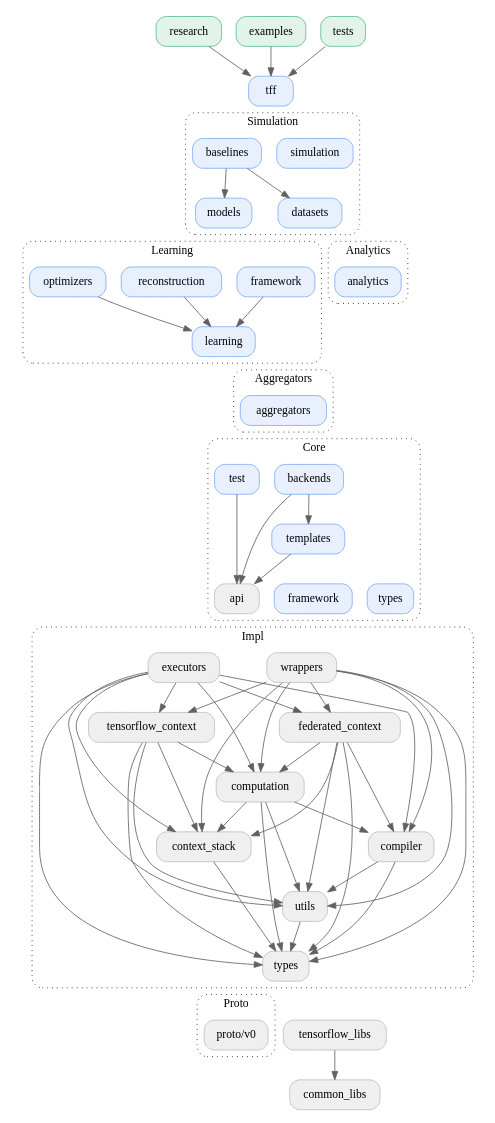
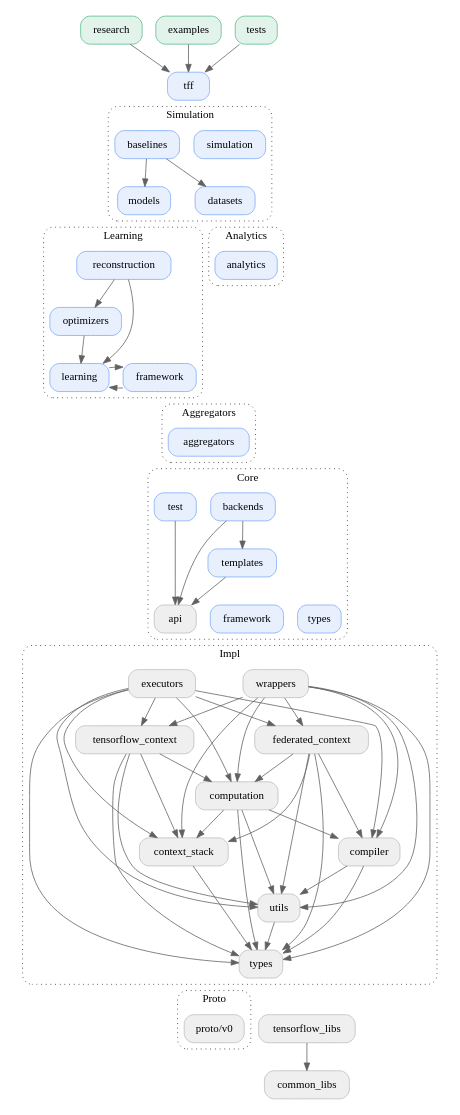
One commit to google-parfait/tensorflow-federated changed the diagram in docs/design/package_structure.dot. Above: the diagram before and after it, drawn with Graphviz. The commit also changed 2 other files, not shown here.

Commit message:
Update the documentation/visibility of `tff.learning`.

```diff
--- a/docs/design/package_structure.dot
+++ b/docs/design/package_structure.dot
@@ -1,173 +1,174 @@
 digraph {
   graph [style="dotted,rounded", size="9 100"]
   node [shape="box", style="rounded,filled", fillcolor="#efefef", color="#bdbdbd"]
   edge [color="#616161"]
   newrank=true
 
   // Using TFF
   research -> tff
   examples -> tff
   tests -> tff
 
   research [href="https://github.com/google-research/federated/blob/master/" target="_parent", fillcolor="#E2F3EB", color="#57BB8A"]
   examples [href="https://github.com/tensorflow/federated/blob/master/tensorflow_federated/python/examples" target="_parent", fillcolor="#E2F3EB", color="#57BB8A"]
   tests [href="https://github.com/tensorflow/federated/blob/master/tensorflow_federated/python/tests" target="_parent", fillcolor="#E2F3EB", color="#57BB8A"]
 
   // TFF
   tff -> simulation [arrowhead="none", style="invisible"]
   tff -> simulation_baselines [arrowhead="none", style="invisible"]
 
   tff [href="https://github.com/tensorflow/federated/blob/master/tensorflow_federated/" target="_parent", fillcolor="#E8F0FE", color="#7BAAF7"]
 
   // Simulation
   simulation_baselines -> simulation_models
   simulation_baselines -> simulation_datasets
 
   simulation_models -> learning_framework [arrowhead="none", style="invisible"]
   simulation_models -> learning_optimizers [arrowhead="none", style="invisible"]
   simulation_models -> learning_reconstruction [arrowhead="none", style="invisible"]
   simulation_datasets -> analytics [arrowhead="none", style="invisible"]
 
   subgraph cluster_simulation {
     graph [label="Simulation", href="https://github.com/tensorflow/federated/blob/master/tensorflow_federated/python/simulation" target="_parent"]
     simulation_baselines [label="baselines", href="https://github.com/tensorflow/federated/blob/master/tensorflow_federated/python/simulation/baselines" target="_parent", fillcolor="#E8F0FE", color="#7BAAF7"]
     simulation_models [label="models", href="https://github.com/tensorflow/federated/blob/master/tensorflow_federated/python/simulation/models" target="_parent", fillcolor="#E8F0FE", color="#7BAAF7"]
     simulation_datasets [label="datasets", href="https://github.com/tensorflow/federated/blob/master/tensorflow_federated/python/simulation/datasets" target="_parent", fillcolor="#E8F0FE", color="#7BAAF7"]
     simulation [href="https://github.com/tensorflow/federated/blob/master/tensorflow_federated/python/simulation" target="_parent", fillcolor="#E8F0FE", color="#7BAAF7"]
   }
 
   // Learning
+  learning_reconstruction -> learning
+  learning_reconstruction -> learning_optimizers
+  learning_optimizers -> learning
   learning_framework -> learning
-  learning_optimizers -> learning
-  learning_reconstruction -> learning
+  learning_framework -> learning [dir=back]
 
-  learning_framework -> learning_optimizers [arrowhead="none", style="invisible"]
-  learning_optimizers -> learning_reconstruction [arrowhead="none", style="invisible"]
   learning -> aggregators [arrowhead="none", style="invisible"]
 
   subgraph cluster_learning {
     graph [label="Learning", href="https://github.com/tensorflow/federated/blob/master/tensorflow_federated/python/learning" target="_parent"]
+    learning_reconstruction [label="reconstruction", href="https://github.com/tensorflow/federated/blob/master/tensorflow_federated/python/learning/reconstruction" target="_parent", fillcolor="#E8F0FE", color="#7BAAF7"]
+    learning_optimizers [label="optimizers", href="https://github.com/tensorflow/federated/blob/master/tensorflow_federated/python/learning/optimizers" target="_parent", fillcolor="#E8F0FE", color="#7BAAF7"]
     learning_framework [label="framework", href="https://github.com/tensorflow/federated/blob/master/tensorflow_federated/python/learning/framework" target="_parent", fillcolor="#E8F0FE", color="#7BAAF7"]
-    learning_optimizers [label="optimizers", href="https://github.com/tensorflow/federated/blob/master/tensorflow_federated/python/learning/optimizers" target="_parent", fillcolor="#E8F0FE", color="#7BAAF7"]
-    learning_reconstruction [label="reconstruction", href="https://github.com/tensorflow/federated/blob/master/tensorflow_federated/python/learning/reconstruction" target="_parent", fillcolor="#E8F0FE", color="#7BAAF7"]
     learning [href="https://github.com/tensorflow/federated/blob/master/tensorflow_federated/python/learning" target="_parent", fillcolor="#E8F0FE", color="#7BAAF7"]
   }
 
   // Analytics
   analytics -> aggregators [arrowhead="none", style="invisible"]
 
   subgraph cluster_analytics {
     graph [label="Analytics", href="https://github.com/tensorflow/federated/blob/master/tensorflow_federated/python/analytics" target="_parent"]
     analytics [href="https://github.com/tensorflow/federated/blob/master/tensorflow_federated/python/analytics" target="_parent", fillcolor="#E8F0FE", color="#7BAAF7"]
   }
 
   // Aggregators
   aggregators -> core_backends [arrowhead="none", style="invisible"]
   aggregators -> core_test [arrowhead="none", style="invisible"]
 
   subgraph cluster_aggregators {
     graph [label="Aggregators", href="https://github.com/tensorflow/federated/blob/master/tensorflow_federated/python/aggregators" target="_parent"]
     aggregators [href="https://github.com/tensorflow/federated/blob/master/tensorflow_federated/python/aggregators" target="_parent", fillcolor="#E8F0FE", color="#7BAAF7"]
   }
 
   // Core
   core_backends -> core_api
   core_backends -> core_templates
   core_templates -> core_api
   core_test -> core_api
 
   core_api -> core_framework [arrowhead="none", style="invisible"]
   core_framework -> core_types [arrowhead="none", style="invisible"]
   core_api -> impl_wrappers [arrowhead="none", style="invisible"]
   core_api -> impl_executors [arrowhead="none", style="invisible"]
 
   subgraph cluster_core {
     graph [label="Core", href="https://github.com/tensorflow/federated/blob/master/tensorflow_federated/python/core" target="_parent"]
     core_backends [label="backends", href="https://github.com/tensorflow/federated/blob/master/tensorflow_federated/python/core/backends" target="_parent", fillcolor="#E8F0FE", color="#7BAAF7"]
     core_templates [label="templates", href="https://github.com/tensorflow/federated/blob/master/tensorflow_federated/python/core/templates" target="_parent", fillcolor="#E8F0FE", color="#7BAAF7"]
     core_test [label="test", href="https://github.com/tensorflow/federated/blob/master/tensorflow_federated/python/core/test" target="_parent", fillcolor="#E8F0FE", color="#7BAAF7"]
     core_api [label="api", href="https://github.com/tensorflow/federated/blob/master/tensorflow_federated/python/core/api" target="_parent"]
     core_framework [label="framework", href="https://github.com/tensorflow/federated/blob/master/tensorflow_federated/python/core/framework" target="_parent", fillcolor="#E8F0FE", color="#7BAAF7"]
     core_types [label="types", href="https://github.com/tensorflow/federated/blob/master/tensorflow_federated/python/core/types" target="_parent", fillcolor="#E8F0FE", color="#7BAAF7"]
   }
 
   // Impl
   impl_wrappers -> impl_tensorflow_context
   impl_wrappers -> impl_federated_context
   impl_wrappers -> impl_computation
   impl_wrappers -> impl_compiler
   impl_wrappers -> impl_utils
   impl_wrappers -> impl_context_stack
   impl_wrappers -> impl_types
   impl_executors -> impl_tensorflow_context
   impl_executors -> impl_federated_context
   impl_executors -> impl_computation
   impl_executors -> impl_compiler
   impl_executors -> impl_utils
   impl_executors -> impl_context_stack
   impl_executors -> impl_types
   impl_tensorflow_context -> impl_computation
   impl_tensorflow_context -> impl_utils
   impl_tensorflow_context -> impl_context_stack
   impl_tensorflow_context -> impl_types
   impl_federated_context -> impl_computation
   impl_federated_context -> impl_compiler
   impl_federated_context -> impl_utils
   impl_federated_context -> impl_context_stack
   impl_federated_context -> impl_types
   impl_computation -> impl_compiler
   impl_computation -> impl_utils
   impl_computation -> impl_context_stack
   impl_computation -> impl_types
   impl_compiler -> impl_types
   impl_compiler -> impl_utils
   impl_context_stack -> impl_types
   impl_utils -> impl_types
 
   impl_types -> proto_v0 [arrowhead="none", style="invisible"]
   impl_types -> tensorflow_libs [arrowhead="none", style="invisible"]
 
   subgraph cluster_impl {
     graph [label="Impl", href="https://github.com/tensorflow/federated/blob/master/tensorflow_federated/python/core/impl" target="_parent"]
     impl_wrappers [label="wrappers", href="https://github.com/tensorflow/federated/blob/master/tensorflow_federated/python/core/impl/wrappers" target="_parent"]
     impl_executors [label="executors", href="https://github.com/tensorflow/federated/blob/master/tensorflow_federated/python/core/impl/executors" target="_parent"]
     impl_tensorflow_context [label="tensorflow_context", href="https://github.com/tensorflow/federated/blob/master/tensorflow_federated/python/core/impl/tensorflow_context" target="_parent"]
     impl_federated_context [label="federated_context", href="https://github.com/tensorflow/federated/blob/master/tensorflow_federated/python/core/impl/federated_context" target="_parent"]
     impl_computation [label="computation", href="https://github.com/tensorflow/federated/blob/master/tensorflow_federated/python/core/impl/computation" target="_parent"]
     impl_compiler [label="compiler", href="https://github.com/tensorflow/federated/blob/master/tensorflow_federated/python/core/impl/compiler" target="_parent"]
     impl_context_stack [label="context_stack", href="https://github.com/tensorflow/federated/blob/master/tensorflow_federated/python/core/impl/context_stack" target="_parent"]
     impl_utils [label="utils", href="https://github.com/tensorflow/federated/blob/master/tensorflow_federated/python/core/impl/utils" target="_parent"]
     impl_types [label="types", href="https://github.com/tensorflow/federated/blob/master/tensorflow_federated/python/core/impl/types" target="_parent"]
   }
 
   // Proto
   subgraph cluster_proto {
     graph [label="Proto", href="https://github.com/tensorflow/federated/blob/master/tensorflow_federated/proto" target="_parent"]
     proto_v0 [label="proto/v0" href="https://github.com/tensorflow/federated/blob/master/tensorflow_federated/proto/v0" target="_parent"]
   }
 
   // Other
   tensorflow_libs [href="https://github.com/tensorflow/federated/blob/master/tensorflow_federated/python/tensorflow_libs" target="_parent"]
   common_libs [href="https://github.com/tensorflow/federated/blob/master/tensorflow_federated/python/common_libs" target="_parent"]
   tensorflow_libs -> common_libs
 
   // Layout
   {rank=same; examples, tests, research}
   {rank=same; tff}
   {rank=same; simulation, simulation_baselines}
   {rank=same; simulation_models, simulation_datasets}
-  {rank=same; learning_framework, learning_optimizers, learning_reconstruction, analytics}
-  {rank=same; learning}
+  {rank=same; learning_reconstruction, analytics}
+  {rank=same; learning_optimizers}
+  {rank=same; learning, learning_framework}
   {rank=same; aggregators}
   {rank=same; core_backends, core_test}
   {rank=same; core_templates}
   {rank=same; core_api, core_framework, core_types}
   {rank=same; impl_executors, impl_wrappers}
   {rank=same; impl_tensorflow_context, impl_federated_context}
   {rank=same; impl_computation}
   {rank=same; impl_compiler, impl_context_stack}
   {rank=same; impl_utils}
   {rank=same; impl_types}
   {rank=same; proto_v0, tensorflow_libs}
   {rank=same; common_libs}
 }
```
